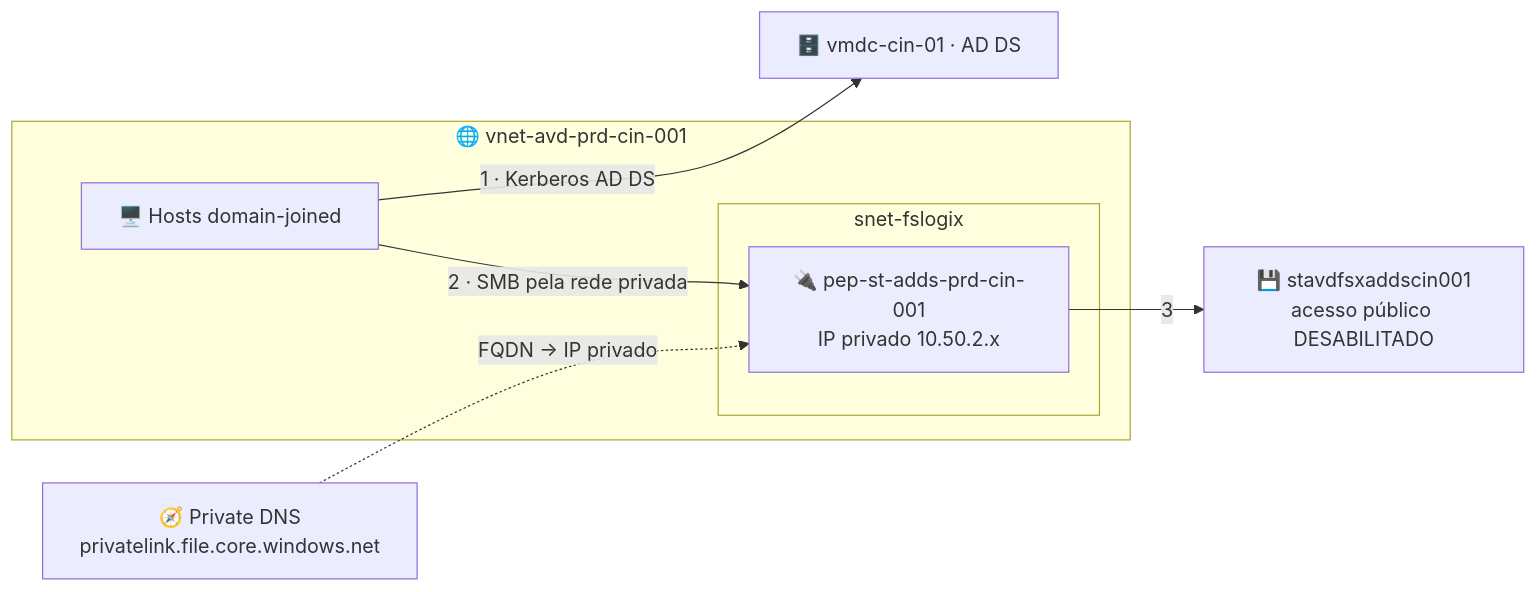
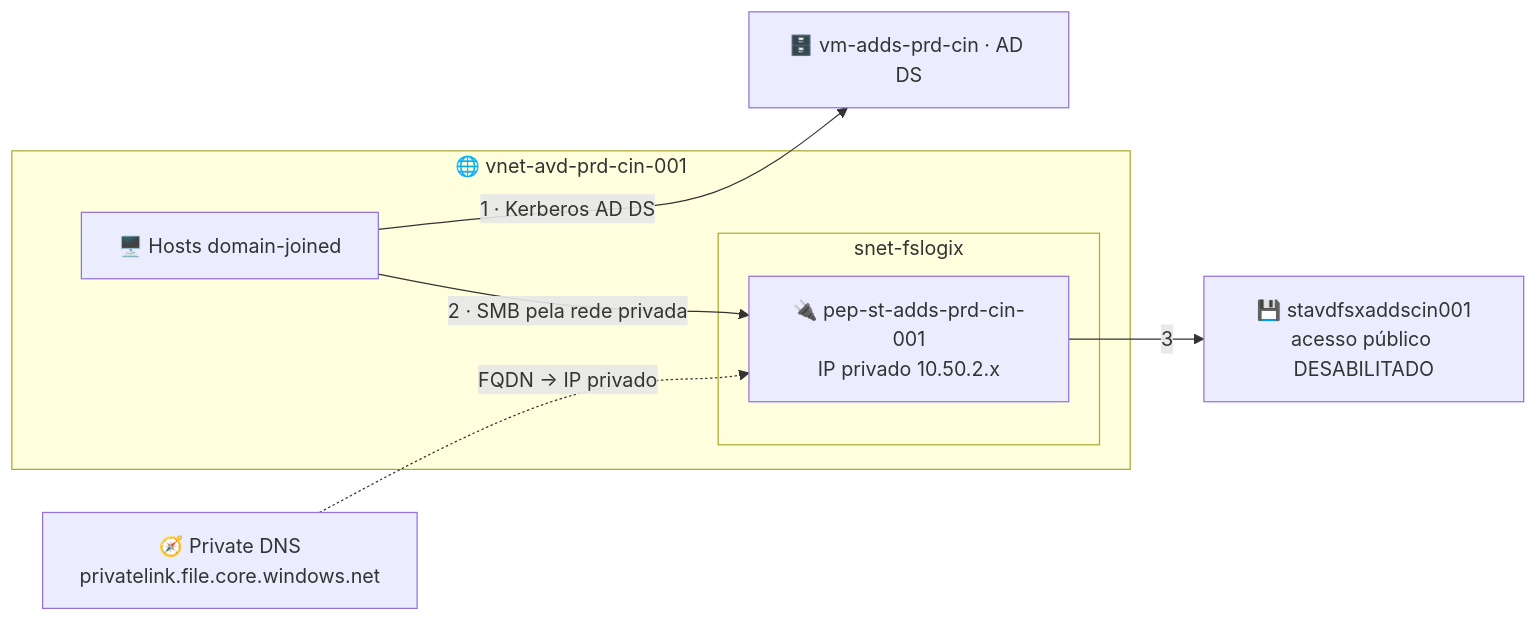
The diagram in Lab05_FSLogix_ADDS_PrivateEndpoints.md (raphasi/posavd), drawn with Mermaid before and after one commit. The commit also changed other lines of this file and 3 other files, not shown here.

Commit message:
Renomeia DC para vm-adds-prd-cin (limite 15 char) em Lab03-05 e guia; Lab03: nota do limite e link do web client na conexão

````diff
--- a/Lab05_FSLogix_ADDS_PrivateEndpoints.md
+++ b/Lab05_FSLogix_ADDS_PrivateEndpoints.md
@@ -18,15 +18,15 @@
 ```mermaid
 flowchart LR
     subgraph VNET["🌐 vnet-avd-prd-cin-001"]
       HP["🖥️ Hosts domain-joined"]
       subgraph SNF["snet-fslogix"]
         PE["🔌 pep-st-adds-prd-cin-001<br/>IP privado 10.50.2.x"]
       end
     end
-    DC["🗄️ vmdc-cin-01 · AD DS"]
+    DC["🗄️ vm-adds-prd-cin · AD DS"]
     DNS["🧭 Private DNS<br/>privatelink.file.core.windows.net"]
     HP -->|"1 · Kerberos AD DS"| DC
     HP -->|"2 · SMB pela rede privada"| PE
     PE -->|"3"| ST["💾 stavdfsxaddscin001<br/>acesso público DESABILITADO"]
     DNS -.->|"FQDN → IP privado"| PE
 ```
````
